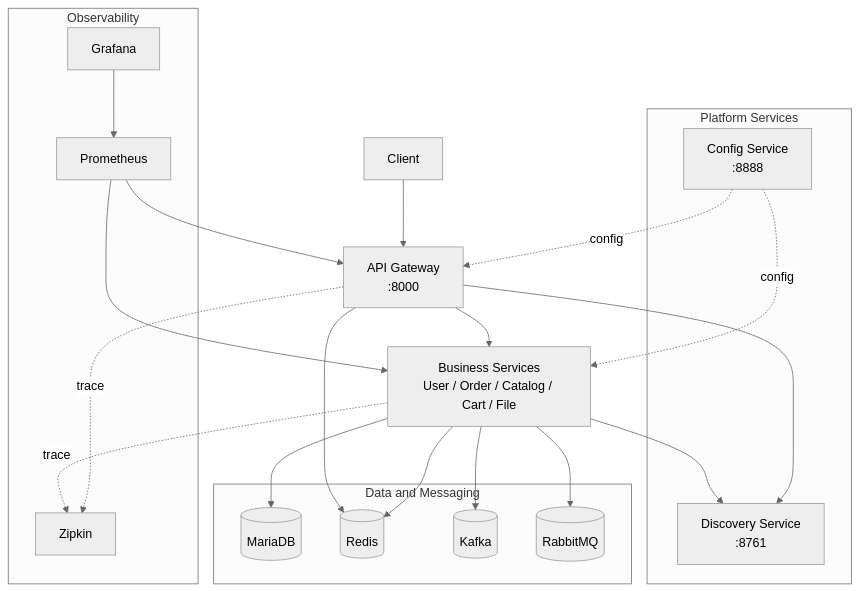
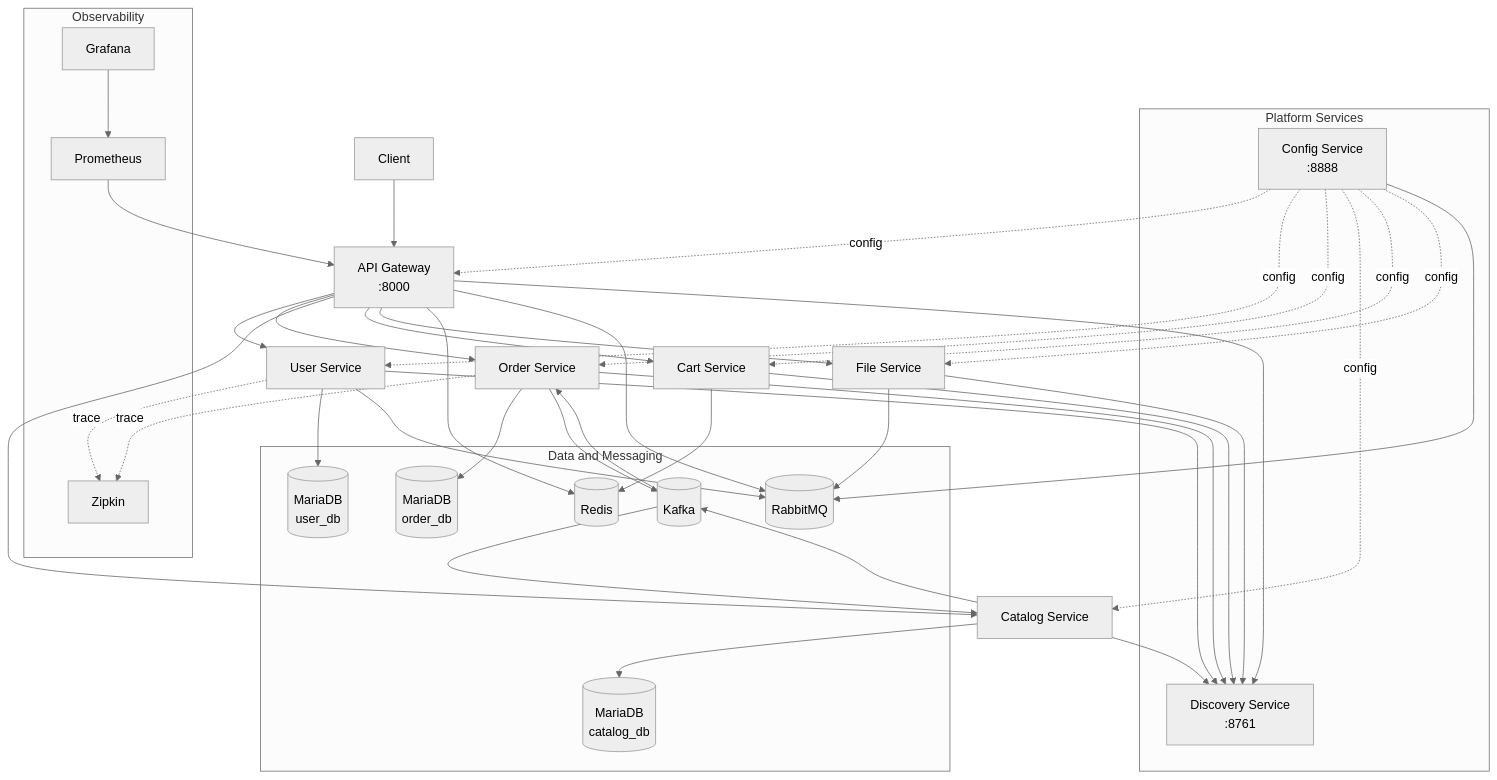
Before and after one commit to MasJeong/msa-spring-cloud: the diagram in README.md, drawn with Mermaid (neutral theme). The commit also changed other lines of this file, not shown here.

````diff
--- a/README.md
+++ b/README.md
@@ -18,40 +18,63 @@
 ```mermaid
 flowchart TB
     C[Client] --> GW[API Gateway<br/>:8000]
-    GW --> BIZ[Business Services<br/>User / Order / Catalog / Cart / File]
+    GW --> USER[User Service]
+    GW --> ORDER[Order Service]
+    GW --> CATALOG[Catalog Service]
+    GW --> CART[Cart Service]
+    GW --> FILE[File Service]
 
     subgraph Platform[Platform Services]
       CFG[Config Service<br/>:8888]
       DSC[Discovery Service<br/>:8761]
     end
 
     subgraph DataMsg[Data and Messaging]
-      DB[(MariaDB)]
+      USERDB[(MariaDB<br/>user_db)]
+      ORDERDB[(MariaDB<br/>order_db)]
+      CATALOGDB[(MariaDB<br/>catalog_db)]
       REDIS[(Redis)]
       KAFKA[(Kafka)]
       RABBIT[(RabbitMQ)]
     end
 
     subgraph Obs[Observability]
       ZIPKIN[Zipkin]
       PROM[Prometheus]
       GRAF[Grafana]
     end
 
     CFG -. config .-> GW
-    CFG -. config .-> BIZ
+    CFG -. config .-> USER
+    CFG -. config .-> ORDER
+    CFG -. config .-> CATALOG
+    CFG -. config .-> CART
+    CFG -. config .-> FILE
     GW --> DSC
-    BIZ --> DSC
+    USER --> DSC
+    ORDER --> DSC
+    CATALOG --> DSC
+    CART --> DSC
+    FILE --> DSC
 
-    BIZ --> DB
-    BIZ --> REDIS
-    BIZ --> KAFKA
-    BIZ --> RABBIT
+    USER --> USERDB
+    ORDER --> ORDERDB
+    CATALOG --> CATALOGDB
     GW --> REDIS
+    CART --> REDIS
 
-    GW -. trace .-> ZIPKIN
-    BIZ -. trace .-> ZIPKIN
+    ORDER --> KAFKA
+    KAFKA --> CATALOG
+    CATALOG --> KAFKA
+    KAFKA --> ORDER
+
+    CFG --> RABBIT
+    GW --> RABBIT
+    USER --> RABBIT
+    FILE --> RABBIT
+
+    USER -. trace .-> ZIPKIN
+    ORDER -. trace .-> ZIPKIN
     PROM --> GW
-    PROM --> BIZ
     GRAF --> PROM
 ```
````
